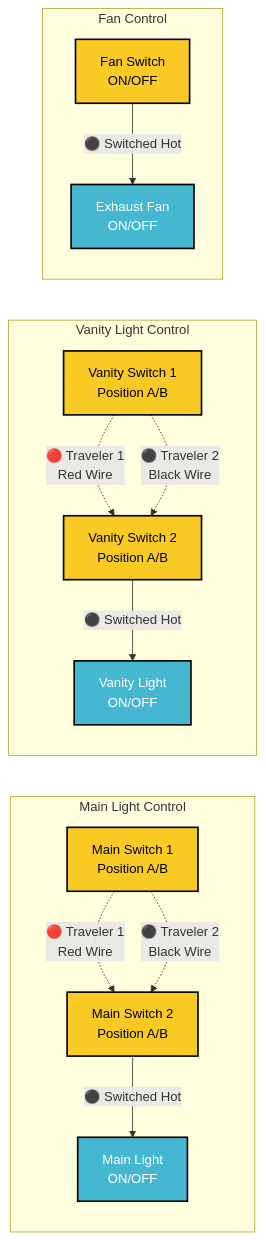
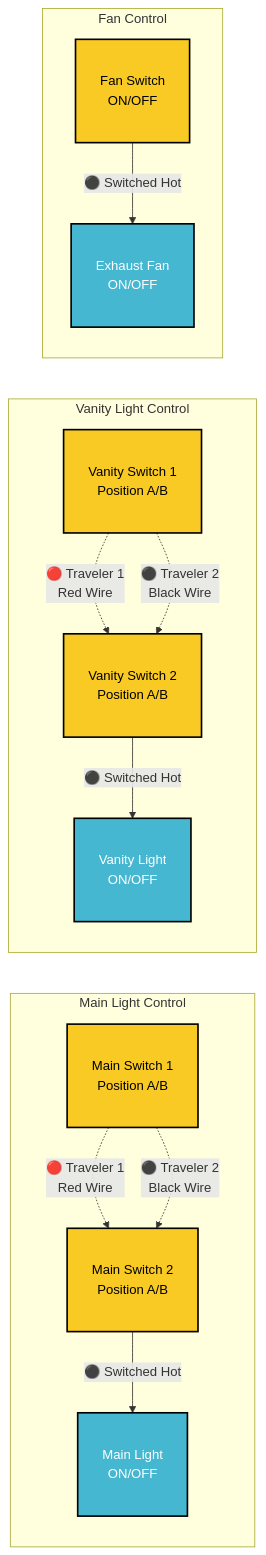
The second of 8 diagrams in diagrams/mermaid-wiring-diagram.md (ticklemycode/electrical-wiring), drawn with Mermaid before and after one commit. The commit also changed other lines of this file, not shown here.

````diff
--- a/diagrams/mermaid-wiring-diagram.md
+++ b/diagrams/mermaid-wiring-diagram.md
@@ -73,35 +73,35 @@
 ```mermaid
 flowchart LR
     subgraph "Main Light Control"
         MS1[Main Switch 1<br/>Position A/B] 
         MS2[Main Switch 2<br/>Position A/B]
         ML[Main Light<br/>ON/OFF]
         
         MS1 -.->|🔴 Traveler 1<br/>Red Wire| MS2
         MS1 -.->|⚫ Traveler 2<br/>Black Wire| MS2
         MS2 -->|⚫ Switched Hot| ML
     end
     
     subgraph "Vanity Light Control"
         VS1[Vanity Switch 1<br/>Position A/B]
         VS2[Vanity Switch 2<br/>Position A/B]
         VL[Vanity Light<br/>ON/OFF]
         
         VS1 -.->|🔴 Traveler 1<br/>Red Wire| VS2
         VS1 -.->|⚫ Traveler 2<br/>Black Wire| VS2
         VS2 -->|⚫ Switched Hot| VL
     end
     
     subgraph "Fan Control"
         FS[Fan Switch<br/>ON/OFF]
         FAN[Exhaust Fan<br/>ON/OFF]
         
         FS -->|⚫ Switched Hot| FAN
     end
     
-    classDef switchStyle fill:#f9ca24,stroke:#000,stroke-width:2px,color:#000
-    classDef deviceStyle fill:#45b7d1,stroke:#000,stroke-width:2px,color:#fff
+    classDef switchStyle fill:#f9ca24,stroke:#000,stroke-width:2px,color:#000,padding:15px
+    classDef deviceStyle fill:#45b7d1,stroke:#000,stroke-width:2px,color:#fff,padding:15px
     
     class MS1,MS2,VS1,VS2,FS switchStyle
     class ML,VL,FAN deviceStyle
 ```
````
